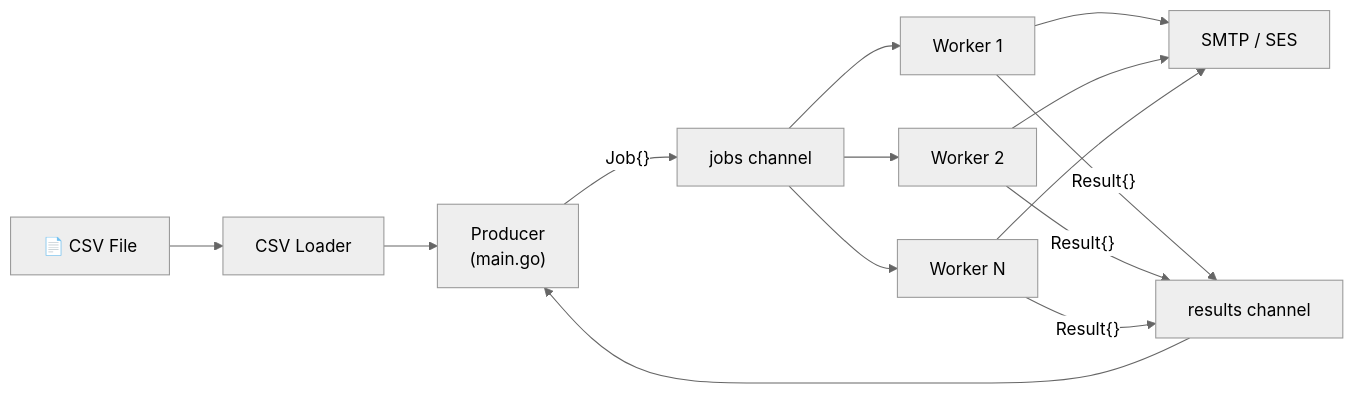
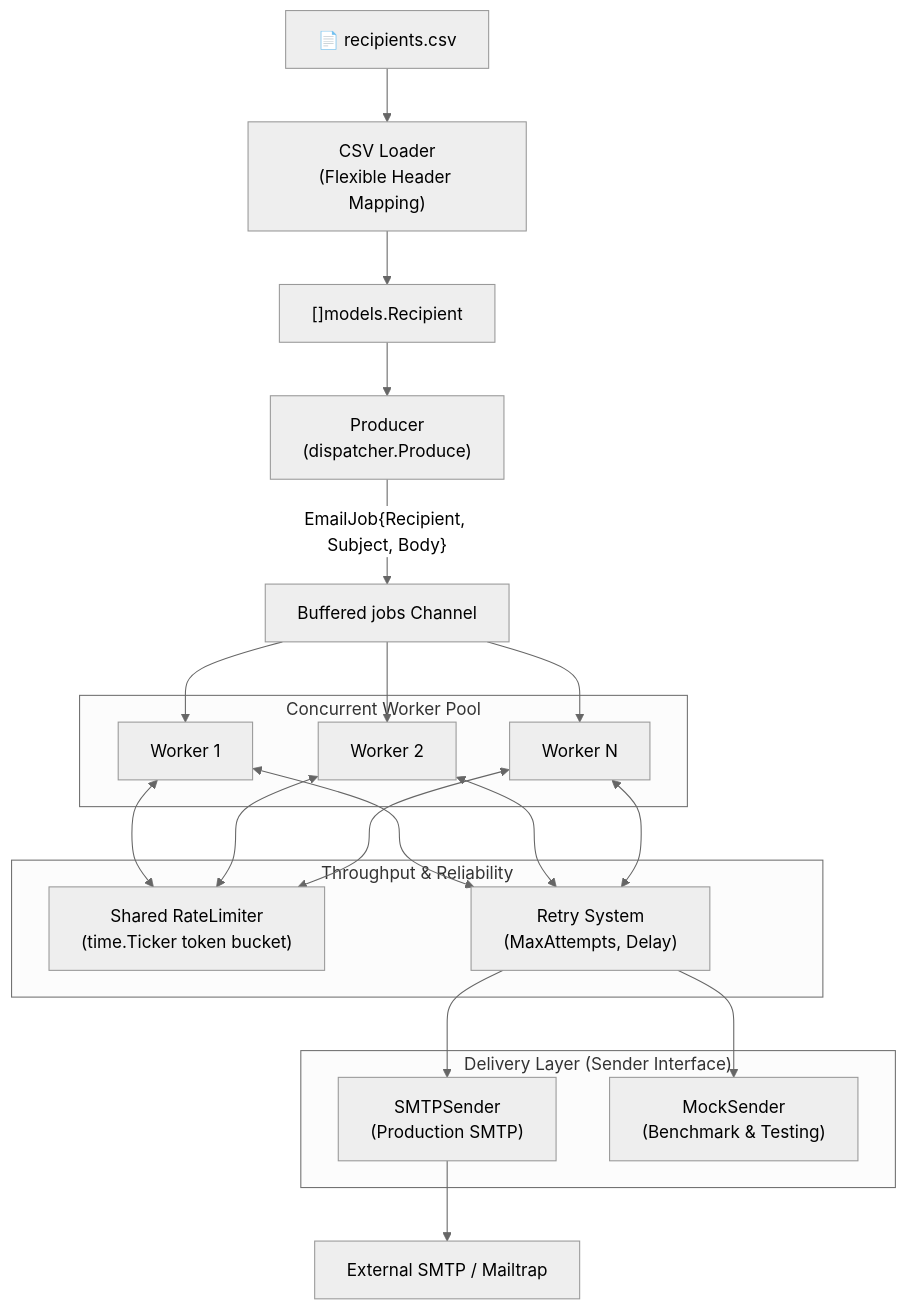
The diagram in README.md (guptakartike/email-campaign-dispatcher), drawn with Mermaid (neutral theme) before and after one commit. The commit also changed other lines of this file and 3 other files, not shown here.

Commit message:
docs: update documentation to reflect rate limiter, mock sender, and benchmark suite

````diff
--- a/README.md
+++ b/README.md
@@ -30,12 +31,31 @@
 ```mermaid
-graph LR
-    CSV["📄 CSV File"] --> Loader["CSV Loader"]
-    Loader --> Producer["Producer<br/>(main.go)"]
-    Producer -->|"Job{}"| Channel["jobs channel"]
-    Channel --> W1["Worker 1"]
-    Channel --> W2["Worker 2"]
-    Channel --> WN["Worker N"]
-    W1 & W2 & WN --> SMTP["SMTP / SES"]
-    W1 & W2 & WN -->|"Result{}"| Results["results channel"]
-    Results --> Producer
+graph TD
+    CSV["📄 recipients.csv"] --> Loader["CSV Loader<br/>(Flexible Header Mapping)"]
+    Loader --> Recs["[]models.Recipient"]
+    Recs --> Producer["Producer<br/>(dispatcher.Produce)"]
+    Producer -->|"EmailJob{Recipient, Subject, Body}"| Channel["Buffered jobs Channel"]
+    
+    subgraph WorkerPool["Concurrent Worker Pool"]
+        W1["Worker 1"]
+        W2["Worker 2"]
+        WN["Worker N"]
+    end
+    
+    Channel --> W1 & W2 & WN
+    
+    subgraph Regulation["Throughput & Reliability"]
+        Limiter["Shared RateLimiter<br/>(time.Ticker token bucket)"]
+        Retry["Retry System<br/>(MaxAttempts, Delay)"]
+    end
+    
+    W1 & W2 & WN <--> Limiter
+    W1 & W2 & WN <--> Retry
+    
+    subgraph SenderAbstraction["Delivery Layer (Sender Interface)"]
+        SMTPSender["SMTPSender<br/>(Production SMTP)"]
+        MockSender["MockSender<br/>(Benchmark & Testing)"]
+    end
+    
+    Retry --> SMTPSender & MockSender
+    SMTPSender --> Mailtrap["External SMTP / Mailtrap"]
 ```
````
